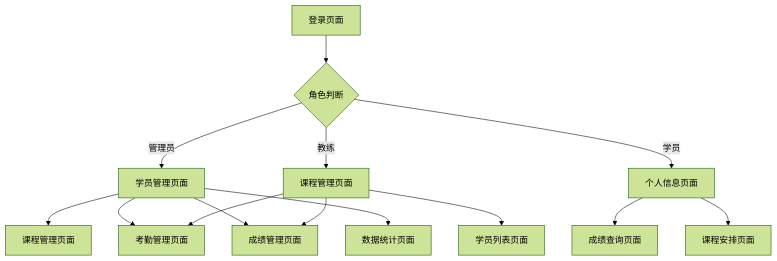
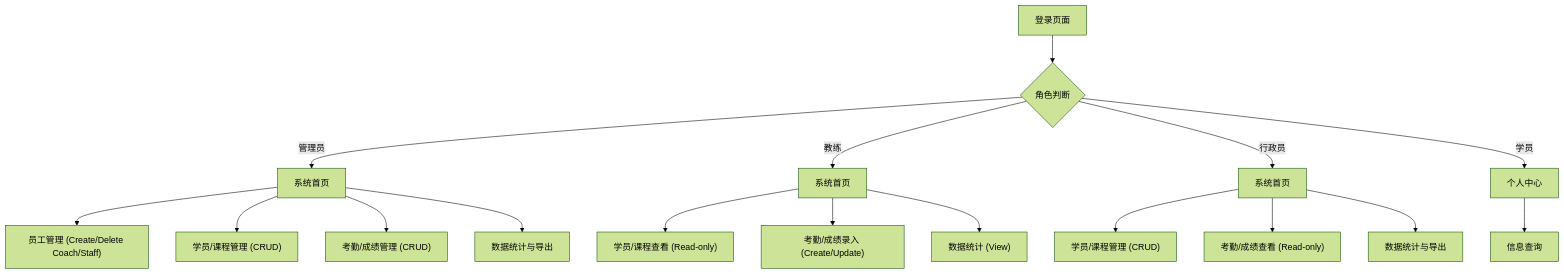
One commit to SnowballXueQiu/athlete--management-system changed the diagram in .trae/documents/体育学员管理系统产品需求文档.md. Above: the diagram before and after it, drawn with Mermaid (forest theme). The commit also changed other lines of this file and 10 other files, not shown here.

````diff
--- a/.trae/documents/体育学员管理系统产品需求文档.md
+++ b/.trae/documents/体育学员管理系统产品需求文档.md
@@ -56,16 +71,23 @@
 ```mermaid
 graph TD
     A[登录页面] --> B{角色判断}
-    B -->|管理员| C[学员管理页面]
-    B -->|教练| D[课程管理页面]
-    B -->|学员| E[个人信息页面]
-    C --> F[课程管理页面]
-    C --> G[考勤管理页面]
-    C --> H[成绩管理页面]
-    C --> I[数据统计页面]
-    D --> G
-    D --> H
-    D --> J[学员列表页面]
-    E --> K[成绩查询页面]
-    E --> L[课程安排页面]
+    B -->|管理员| C[系统首页]
+    B -->|教练| D[系统首页]
+    B -->|行政员| E[系统首页]
+    B -->|学员| F[个人中心]
+    
+    C --> P["员工管理 (Create/Delete Coach/Staff)"]
+    C --> G["学员/课程管理 (CRUD)"]
+    C --> H["考勤/成绩管理 (CRUD)"]
+    C --> I[数据统计与导出]
+    
+    D --> J["学员/课程查看 (Read-only)"]
+    D --> K["考勤/成绩录入 (Create/Update)"]
+    D --> L["数据统计 (View)"]
+    
+    E --> M["学员/课程管理 (CRUD)"]
+    E --> N["考勤/成绩查看 (Read-only)"]
+    E --> O[数据统计与导出]
+    
+    F --> Q[信息查询]
 ```
````
